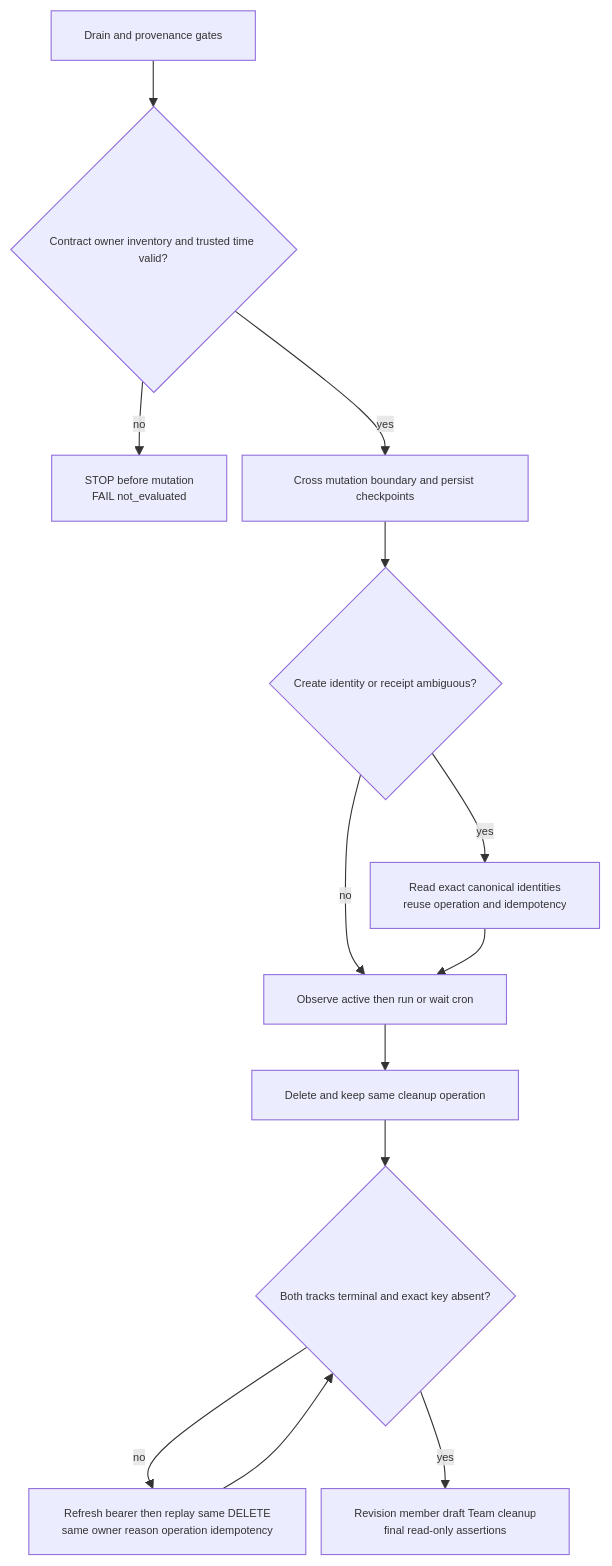
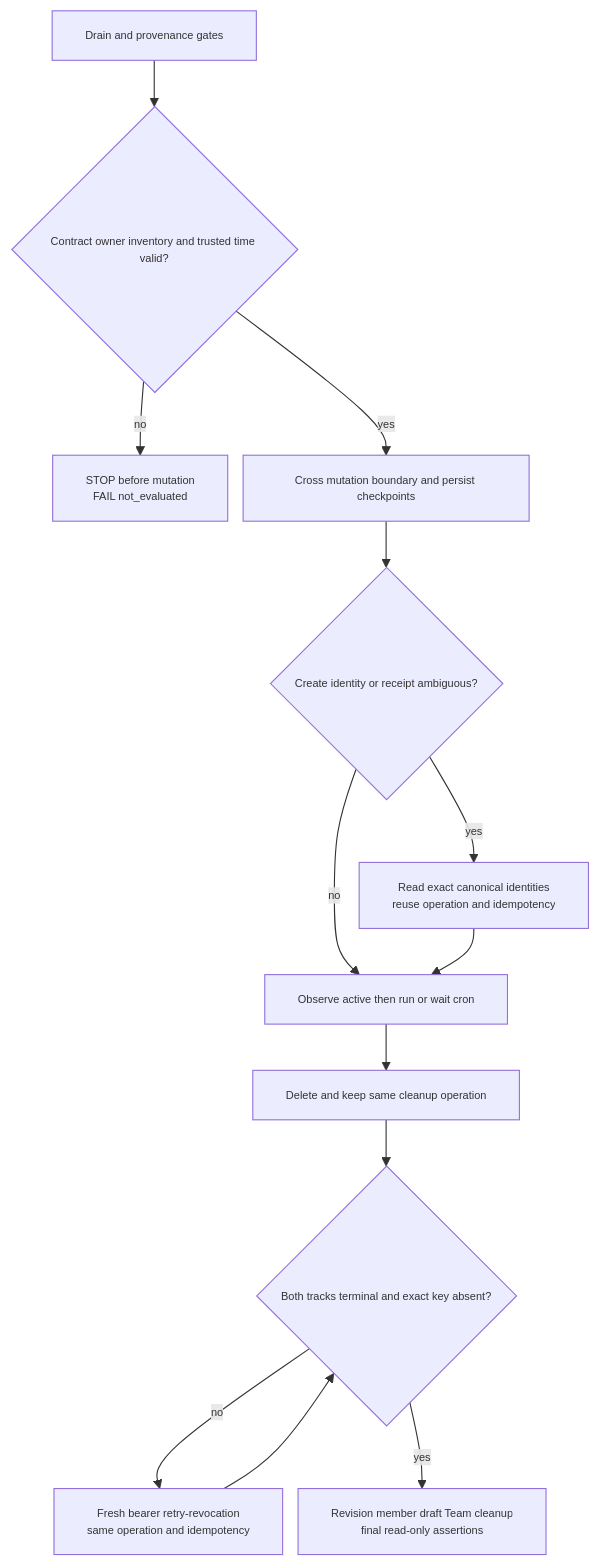
One commit to eanzhao-os/aevatar-review changed the third of 3 diagrams in 09/05-production-canary-and-recovery.md. Above: the diagram before and after it, drawn with Mermaid. The commit also changed other lines of this file and 6 other files, not shown here.

````diff
--- a/09/05-production-canary-and-recovery.md
+++ b/09/05-production-canary-and-recovery.md
@@ -102,15 +102,15 @@
 ```mermaid
 %%{init: {"maxTextSize": 100000, "flowchart": {"useMaxWidth": false, "nodeSpacing": 14, "rankSpacing": 42}, "themeVariables": {"fontSize": "10px"}}}%%
 flowchart TD
     D["Drain and provenance gates"] --> C{"Contract owner inventory and trusted time valid?"}
     C -->|"no"| Stop["STOP before mutation\nFAIL not_evaluated"]
     C -->|"yes"| M["Cross mutation boundary and persist checkpoints"]
     M --> E{"Create identity or receipt ambiguous?"}
     E -->|"yes"| Read["Read exact canonical identities\nreuse operation and idempotency"]
     E -->|"no"| Run["Observe active then run or wait cron"]
     Read --> Run
     Run --> Del["Delete and keep same cleanup operation"]
     Del --> T{"Both tracks terminal and exact key absent?"}
-    T -->|"no"| Retry["Refresh bearer then replay same DELETE\nsame owner reason operation idempotency"] --> T
+    T -->|"no"| Retry["Fresh bearer retry-revocation\nsame operation and idempotency"] --> T
     T -->|"yes"| Clean["Revision member draft Team cleanup\nfinal read-only assertions"]
 ```
````
